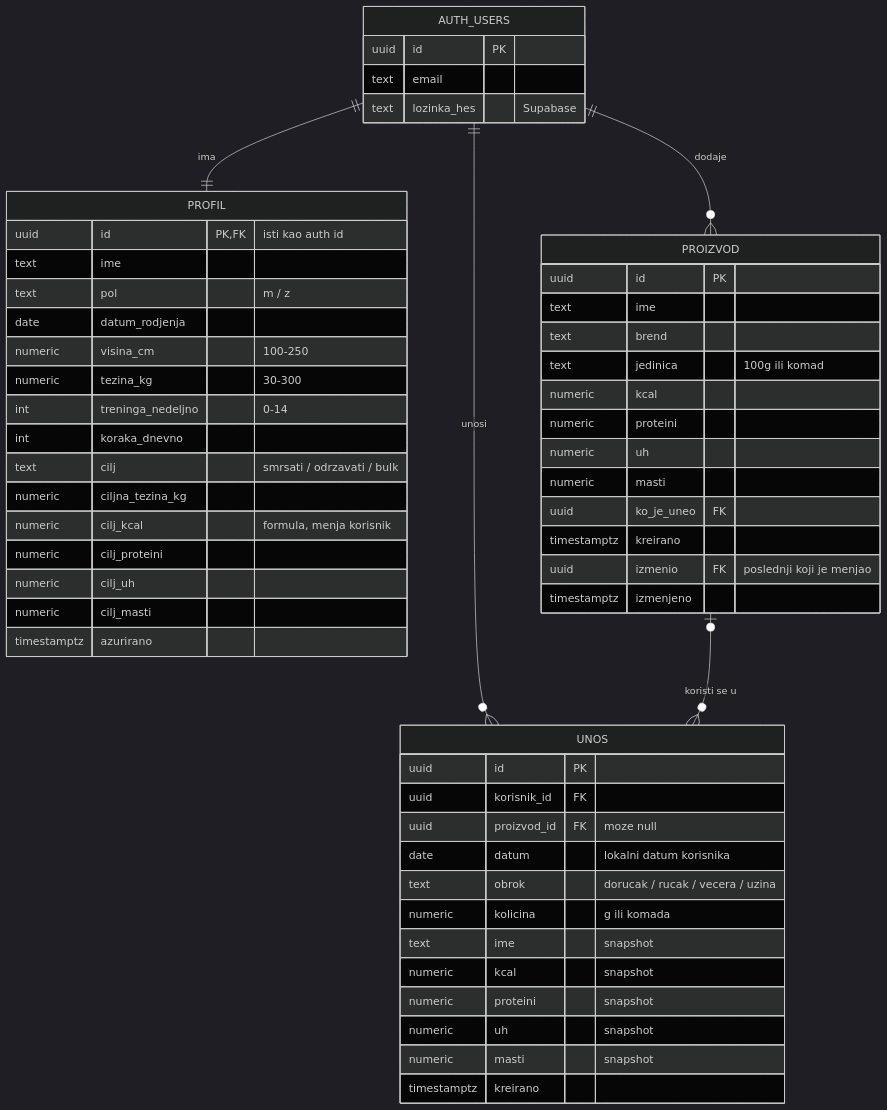
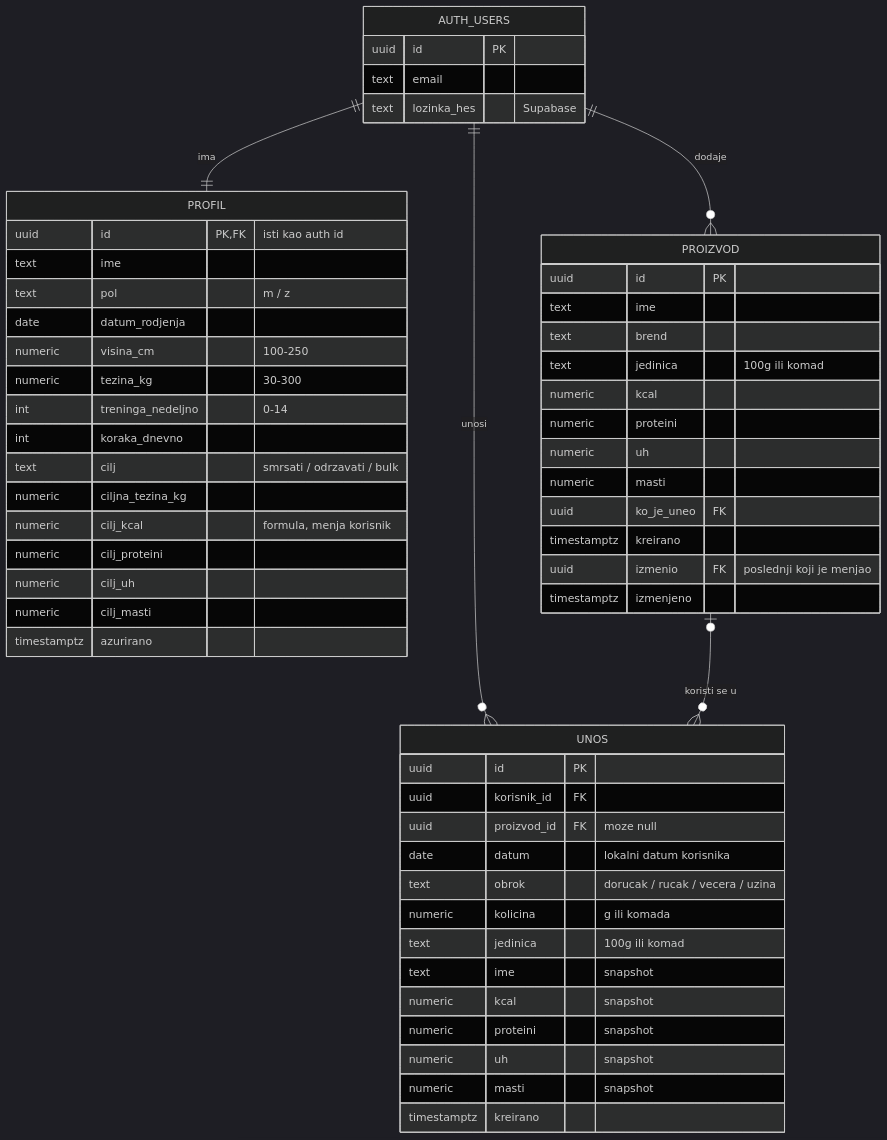
One commit to Du1eks/food-tracker changed the diagram in docs/model.md. Above: the diagram before and after it, drawn with Mermaid (dark theme). The commit also changed 38 other files, not shown here.

````diff
--- a/docs/model.md
+++ b/docs/model.md
@@ -3,57 +3,58 @@
 ```mermaid
 erDiagram
   AUTH_USERS ||--|| PROFIL : ima
   AUTH_USERS ||--o{ UNOS : unosi
   AUTH_USERS ||--o{ PROIZVOD : dodaje
   PROIZVOD |o--o{ UNOS : "koristi se u"
   AUTH_USERS {
     uuid id PK
     text email
     text lozinka_hes "Supabase"
   }
   PROFIL {
     uuid id PK,FK "isti kao auth id"
     text ime
     text pol "m / z"
     date datum_rodjenja
     numeric visina_cm "100-250"
     numeric tezina_kg "30-300"
     int treninga_nedeljno "0-14"
     int koraka_dnevno
     text cilj "smrsati / odrzavati / bulk"
     numeric ciljna_tezina_kg
     numeric cilj_kcal "formula, menja korisnik"
     numeric cilj_proteini
     numeric cilj_uh
     numeric cilj_masti
     timestamptz azurirano
   }
   PROIZVOD {
     uuid id PK
     text ime
     text brend
     text jedinica "100g ili komad"
     numeric kcal
     numeric proteini
     numeric uh
     numeric masti
     uuid ko_je_uneo FK
     timestamptz kreirano
     uuid izmenio FK "poslednji koji je menjao"
     timestamptz izmenjeno
   }
   UNOS {
     uuid id PK
     uuid korisnik_id FK
     uuid proizvod_id FK "moze null"
     date datum "lokalni datum korisnika"
     text obrok "dorucak / rucak / vecera / uzina"
     numeric kolicina "g ili komada"
+    text jedinica "100g ili komad"
     text ime "snapshot"
     numeric kcal "snapshot"
     numeric proteini "snapshot"
     numeric uh "snapshot"
     numeric masti "snapshot"
     timestamptz kreirano
   }
 ```
````
